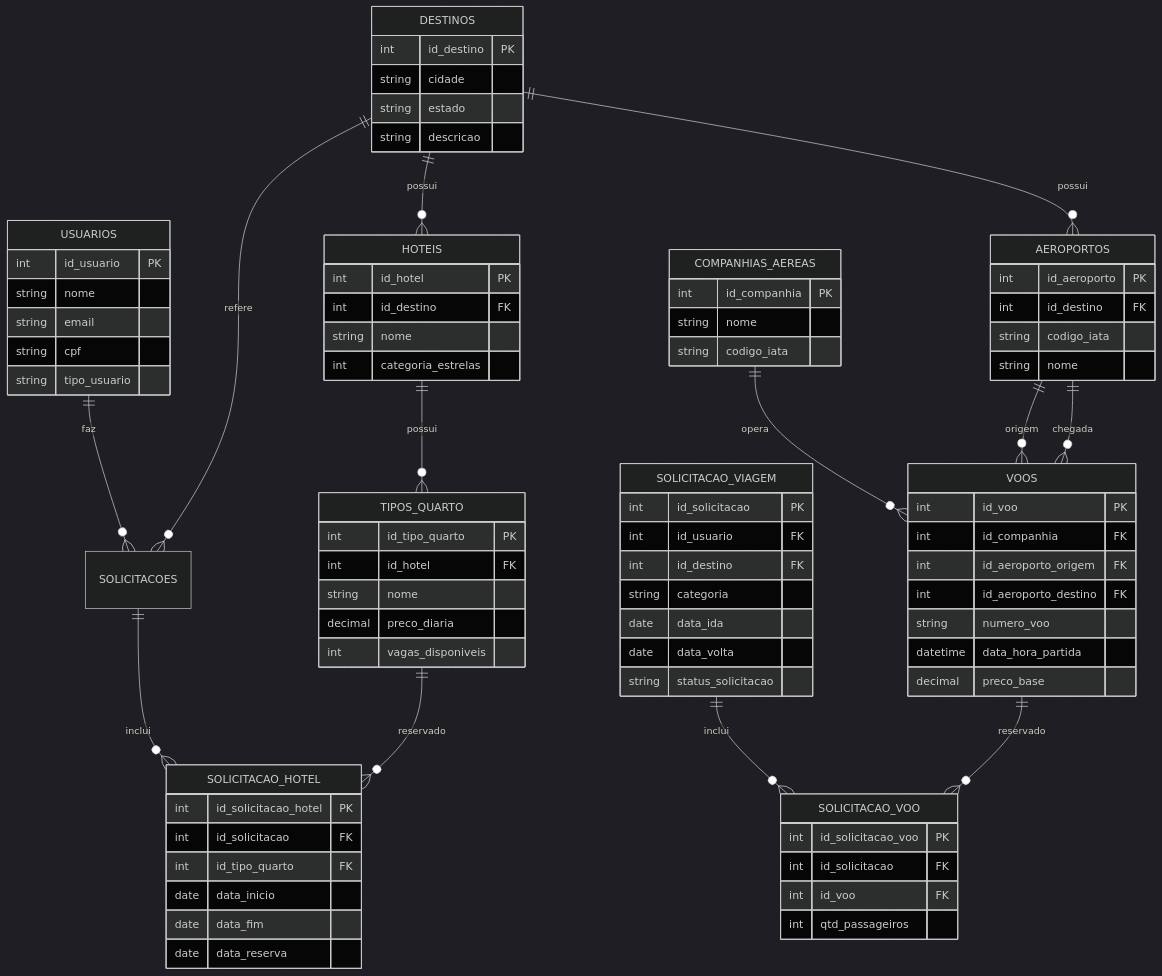
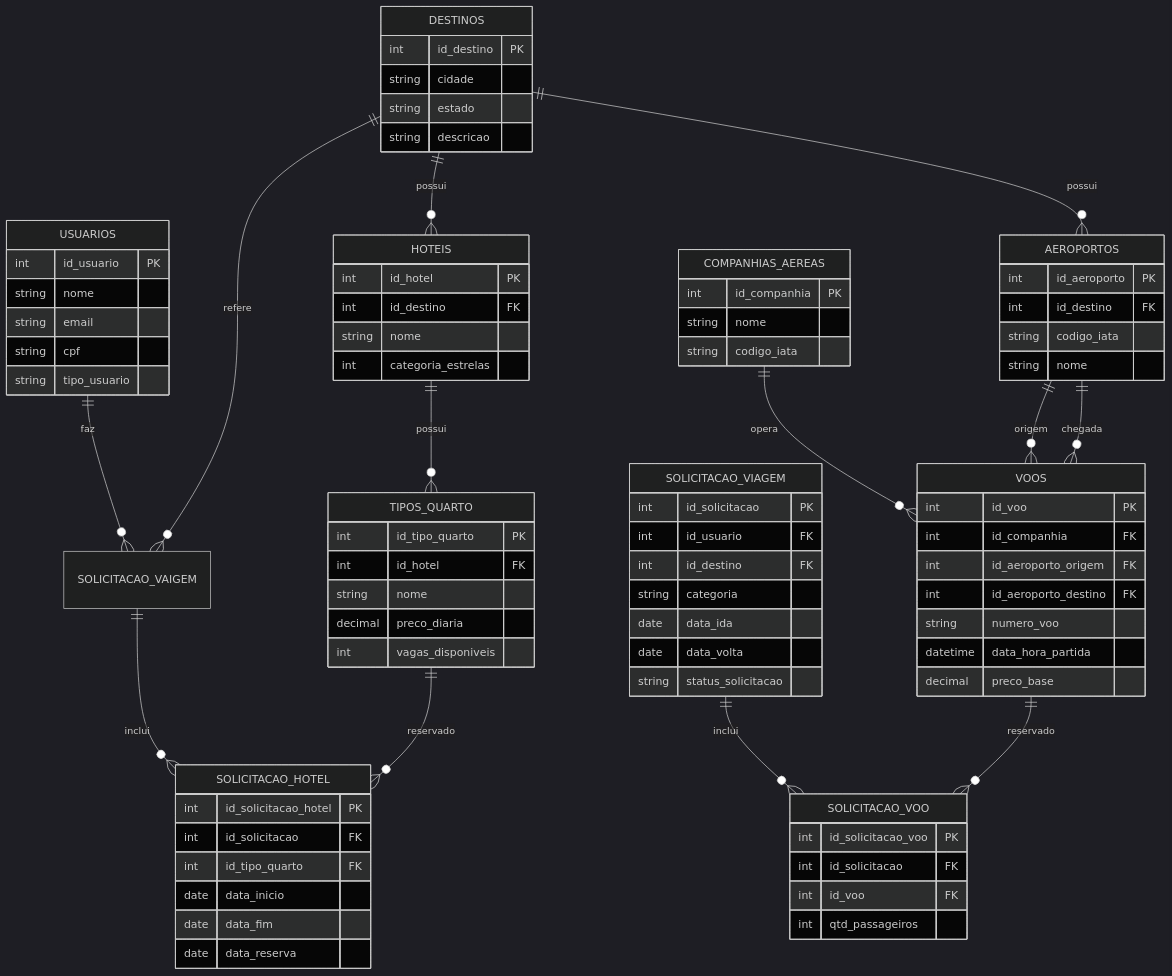
Before and after one commit to isadorapoliveira/BrasilTravel: the diagram in README.md, drawn with Mermaid (dark theme).

````diff
--- a/README.md
+++ b/README.md
@@ -13,7 +13,7 @@
 ```mermaid
 erDiagram
-  USUARIOS ||--o{ SOLICITACOES : faz
-  DESTINOS ||--o{ SOLICITACOES : refere
+  USUARIOS ||--o{ SOLICITACAO_VAIGEM : faz
+  DESTINOS ||--o{ SOLICITACAO_VAIGEM : refere
   DESTINOS ||--o{ AEROPORTOS : possui
   DESTINOS ||--o{ HOTEIS : possui
   COMPANHIAS_AEREAS ||--o{ VOOS : opera
@@ -22,7 +22,7 @@
   HOTEIS ||--o{ TIPOS_QUARTO : possui
   SOLICITACAO_VIAGEM ||--o{ SOLICITACAO_VOO : inclui
   VOOS ||--o{ SOLICITACAO_VOO : reservado
-  SOLICITACOES ||--o{ SOLICITACAO_HOTEL : inclui
+  SOLICITACAO_VAIGEM ||--o{ SOLICITACAO_HOTEL : inclui
   TIPOS_QUARTO ||--o{ SOLICITACAO_HOTEL : reservado
 
   USUARIOS {
````
